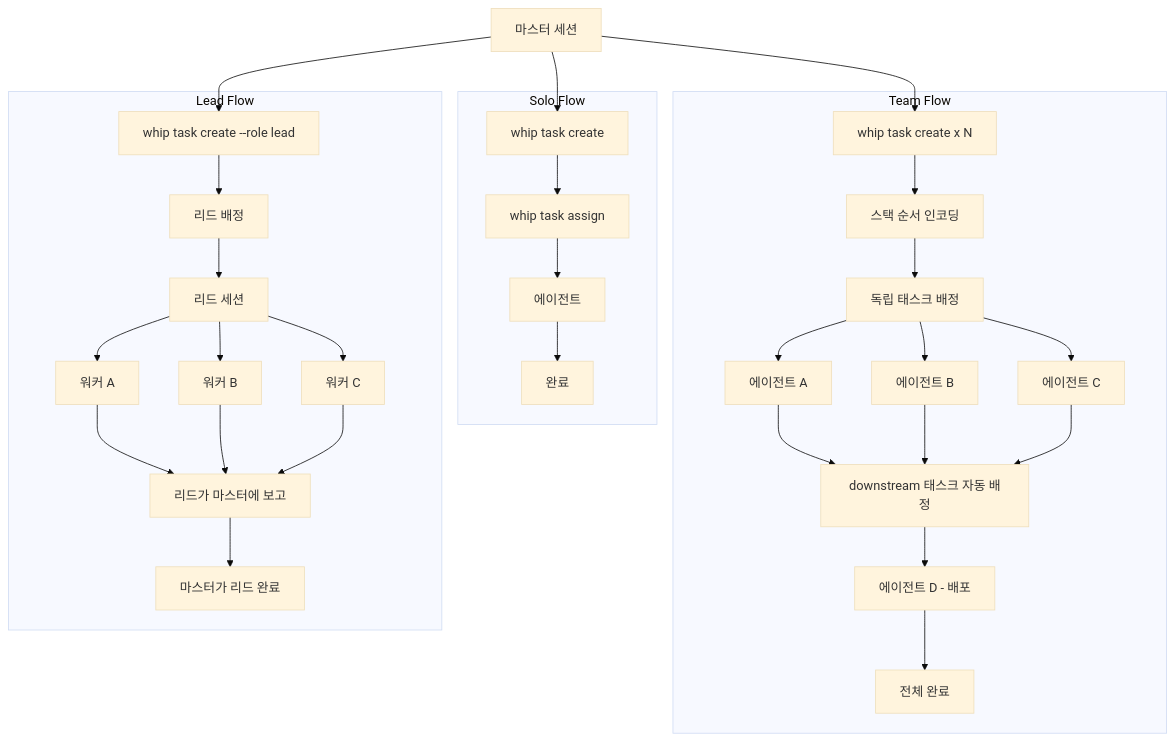
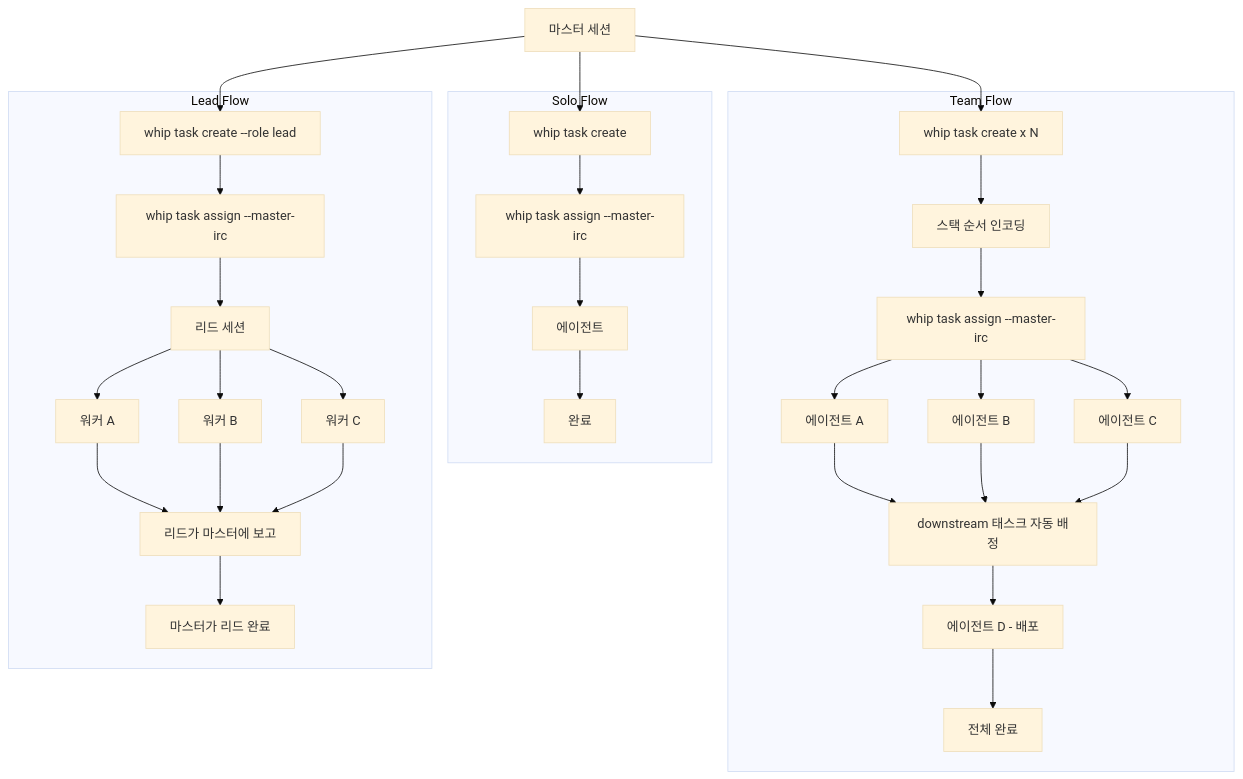
One commit to DongGukMon/ai-tools changed the third of 4 diagrams in whip/docs/workflow-ko.md. Above: the diagram before and after it, drawn with Mermaid (base theme). The commit also changed other lines of this file and 13 other files, not shown here.

Commit message:
feat: improve whip master IRC coordination

````diff
--- a/whip/docs/workflow-ko.md
+++ b/whip/docs/workflow-ko.md
@@ -399,39 +410,39 @@
 ```mermaid
 flowchart TB
     Master[마스터 세션]
 
     subgraph "Solo Flow"
-        S_Create[whip task create] --> S_Assign[whip task assign]
+        S_Create[whip task create] --> S_Assign[whip task assign --master-irc]
         S_Assign --> S_Agent[에이전트]
         S_Agent --> S_Done[완료]
     end
 
     subgraph "Team Flow"
         T_Create[whip task create x N] --> T_Dep[스택 순서 인코딩]
-        T_Dep --> T_Assign[독립 태스크 배정]
+        T_Dep --> T_Assign[whip task assign --master-irc]
         T_Assign --> T_A1[에이전트 A]
         T_Assign --> T_A2[에이전트 B]
         T_Assign --> T_A3[에이전트 C]
         T_A1 --> T_Auto[downstream 태스크 자동 배정]
         T_A2 --> T_Auto
         T_A3 --> T_Auto
         T_Auto --> T_A4[에이전트 D - 배포]
         T_A4 --> T_Done[전체 완료]
     end
 
     subgraph "Lead Flow"
-        L_Create[whip task create --role lead] --> L_Assign[리드 배정]
+        L_Create[whip task create --role lead] --> L_Assign[whip task assign --master-irc]
         L_Assign --> L_Lead[리드 세션]
         L_Lead --> L_W1[워커 A]
         L_Lead --> L_W2[워커 B]
         L_Lead --> L_W3[워커 C]
         L_W1 --> L_Report[리드가 마스터에 보고]
         L_W2 --> L_Report
         L_W3 --> L_Report
         L_Report --> L_Done[마스터가 리드 완료]
     end
 
     Master --> S_Create
     Master --> T_Create
     Master --> L_Create
 ```
````
